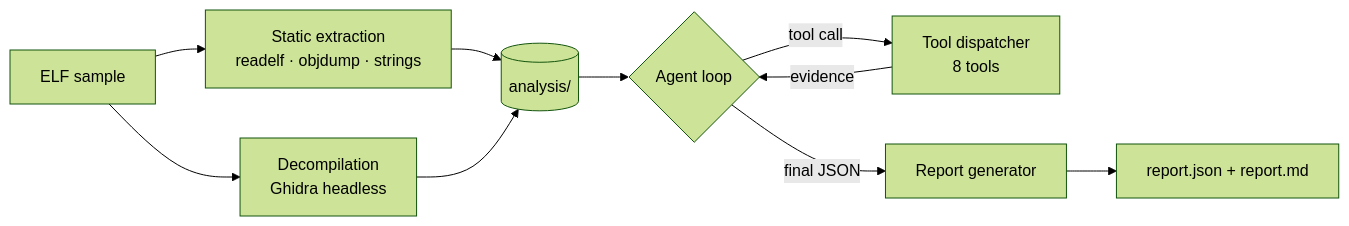
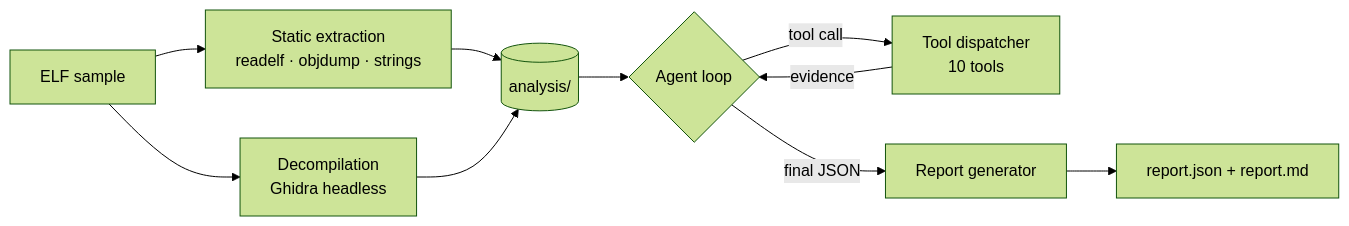
The diagram in README.md (nizaryart/Ioznizer), drawn with Mermaid (forest theme) before and after one commit. The commit also changed other lines of this file and 7 other files, not shown here.

````diff
--- a/README.md
+++ b/README.md
@@ -46,12 +51,12 @@
 ```mermaid
 flowchart LR
     A[ELF sample] --> B[Static extraction<br/>readelf · objdump · strings]
     A --> C[Decompilation<br/>Ghidra headless]
     B --> D[(analysis/)]
     C --> D
     D --> E{Agent loop}
-    E -->|tool call| F[Tool dispatcher<br/>8 tools]
+    E -->|tool call| F[Tool dispatcher<br/>10 tools]
     F -->|evidence| E
     E -->|final JSON| G[Report generator]
     G --> H[report.json + report.md]
 ```
````
